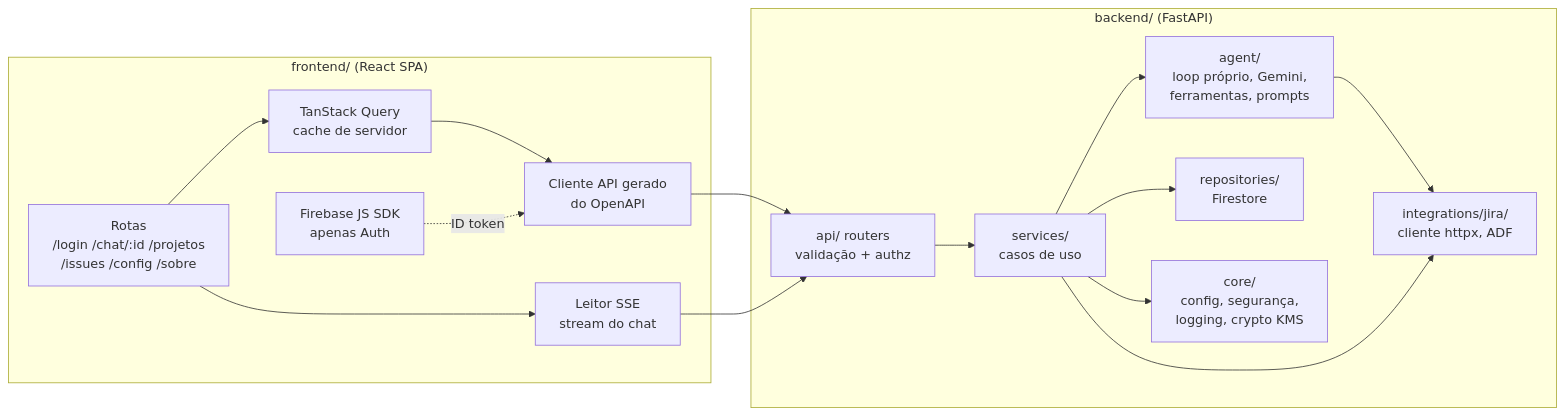
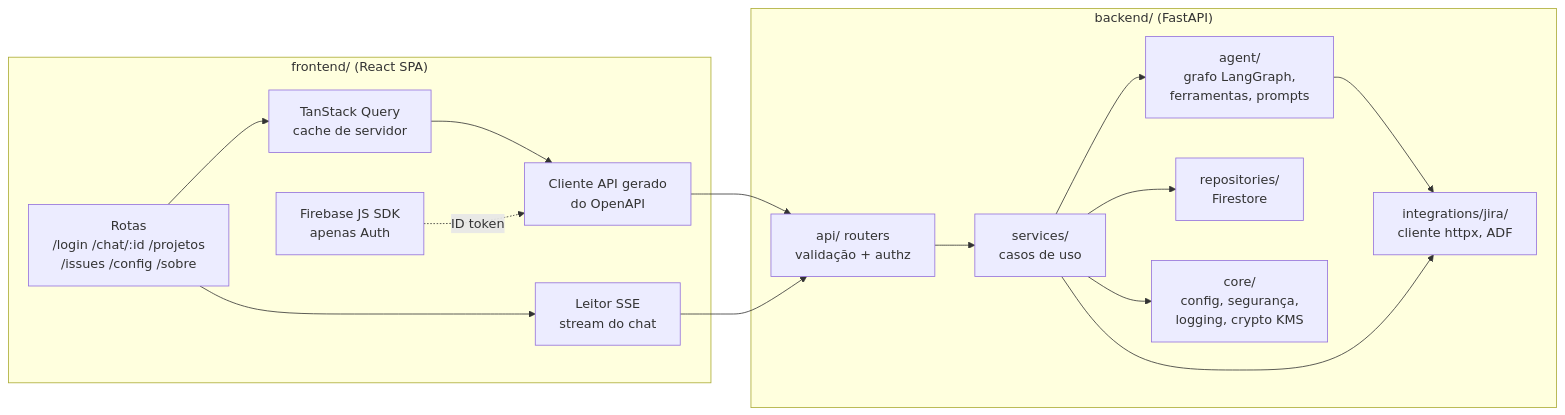
One commit to micaelleos/FunctionalAgent changed the second of 5 diagrams in docs/modernizacao/03-arquitetura.md. Above: the diagram before and after it, drawn with Mermaid. The commit also changed other lines of this file and 15 other files, not shown here.

First line of the commit message:
docs: ADR-008 mantém LangGraph com Gemini no Vertex AI; imagem até 400 MiB

````diff
--- a/docs/modernizacao/03-arquitetura.md
+++ b/docs/modernizacao/03-arquitetura.md
@@ -46,26 +46,26 @@
 ```mermaid
 flowchart LR
     subgraph FE["frontend/ (React SPA)"]
         R[Rotas<br/>/login /chat/:id /projetos<br/>/issues /config /sobre]
         Q[TanStack Query<br/>cache de servidor]
         SDK[Firebase JS SDK<br/>apenas Auth]
         CL[Cliente API gerado<br/>do OpenAPI]
         SSE[Leitor SSE<br/>stream do chat]
     end
     subgraph BE["backend/ (FastAPI)"]
         RT[api/ routers<br/>validação + authz]
         SV[services/<br/>casos de uso]
-        AG[agent/<br/>loop próprio, Gemini,<br/>ferramentas, prompts]
+        AG[agent/<br/>grafo LangGraph,<br/>ferramentas, prompts]
         JI[integrations/jira/<br/>cliente httpx, ADF]
         RP[repositories/<br/>Firestore]
         CR[core/<br/>config, segurança,<br/>logging, crypto KMS]
     end
     R --> Q --> CL --> RT
     R --> SSE --> RT
     SDK -.ID token.-> CL
     RT --> SV --> AG
     SV --> RP
     AG --> JI
     SV --> JI
     SV --> CR
 ```
````
